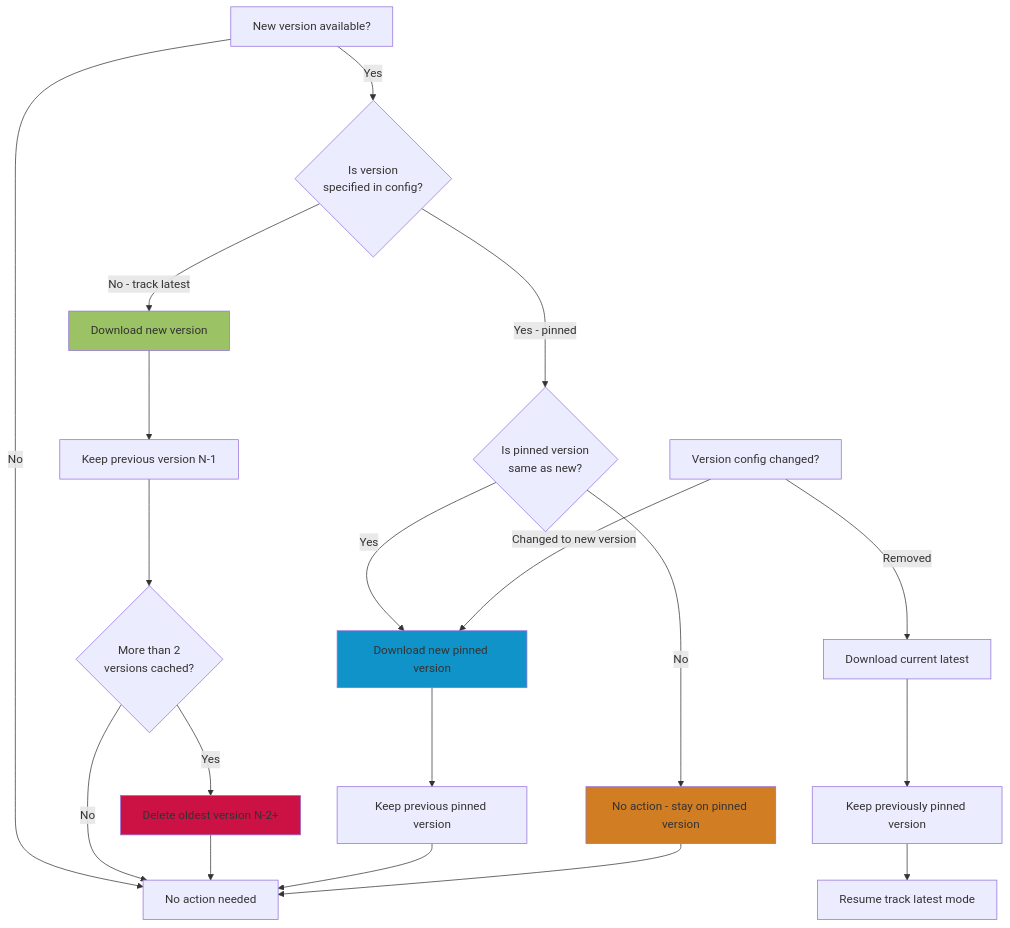
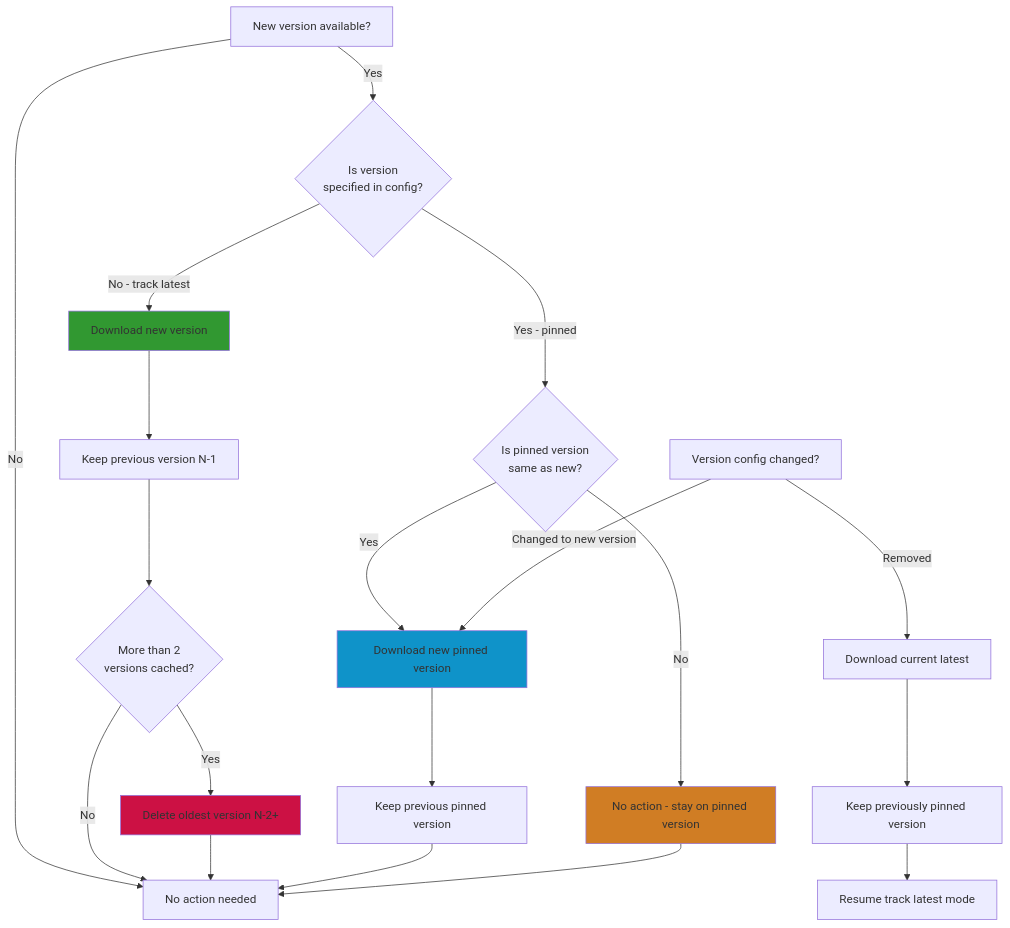
Before and after one commit to fleetdm/fleet: the fourth of 4 diagrams in docs/Contributing/product-groups/software/rollback-fleet-maintained-app-version.md, drawn with Mermaid. The commit also changed other lines of this file, not shown here.

````diff
--- a/docs/Contributing/product-groups/software/rollback-fleet-maintained-app-version.md
+++ b/docs/Contributing/product-groups/software/rollback-fleet-maintained-app-version.md
@@ -142,30 +142,30 @@
 ```mermaid
 flowchart TD
     A[New version available?] -->|Yes| B{Is version<br/>specified in config?}
     A -->|No| Z[No action needed]
     
     B -->|No - track latest| C[Download new version]
     C --> D[Keep previous version N-1]
     D --> E{More than 2<br/>versions cached?}
     E -->|Yes| F[Delete oldest version N-2+]
     E -->|No| Z
     F --> Z
     
     B -->|Yes - pinned| G{Is pinned version<br/>same as new?}
     G -->|Yes| H[Download new pinned version]
     H --> I[Keep previous pinned version]
     I --> Z
     G -->|No| J[No action - stay on pinned version]
     J --> Z
 
     K[Version config changed?] -->|Removed| L[Download current latest]
     L --> M[Keep previously pinned version]
     M --> N[Resume track latest mode]
     
     K -->|Changed to new version| H
 
-    style C fill:#9BC264
+    style C fill:#319831
     style H fill:#0F93C9
     style F fill:#CC1144
     style J fill:#D07D24
 ```
````
